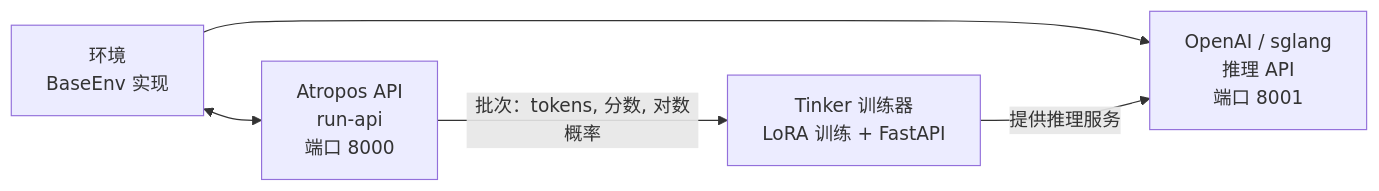
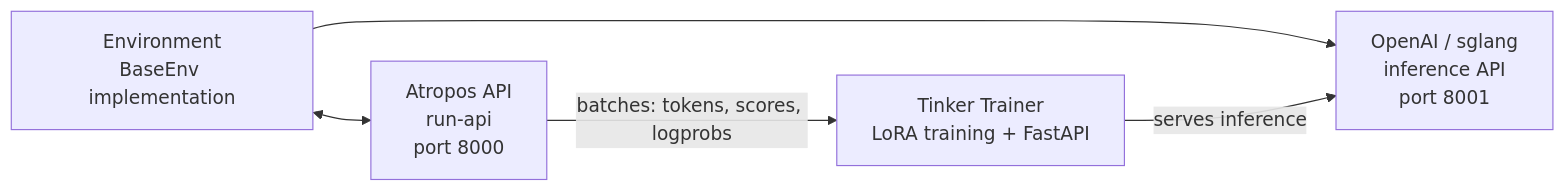
Before and after one commit to lyy0709/hermes-agent-zh: the diagram in translations/docs/user-guide/features/rl-training.md, drawn with Mermaid. The commit also changed other lines of this file and 14 other files, not shown here.

````diff
--- a/translations/docs/user-guide/features/rl-training.md
+++ b/translations/docs/user-guide/features/rl-training.md
@@ -177,12 +177,12 @@
 ```mermaid
 flowchart LR
-    api["Atropos API<br/>run-api<br/>端口 8000"]
-    env["环境<br/>BaseEnv 实现"]
-    infer["OpenAI / sglang<br/>推理 API<br/>端口 8001"]
-    trainer["Tinker 训练器<br/>LoRA 训练 + FastAPI"]
+    api["Atropos API<br/>run-api<br/>port 8000"]
+    env["Environment<br/>BaseEnv implementation"]
+    infer["OpenAI / sglang<br/>inference API<br/>port 8001"]
+    trainer["Tinker Trainer<br/>LoRA training + FastAPI"]
 
     env <--> api
     env --> infer
-    api -->|"批次：tokens, 分数, 对数概率"| trainer
-    trainer -->|"提供推理服务"| infer
+    api -->|"batches: tokens, scores, logprobs"| trainer
+    trainer -->|"serves inference"| infer
 ```
````
